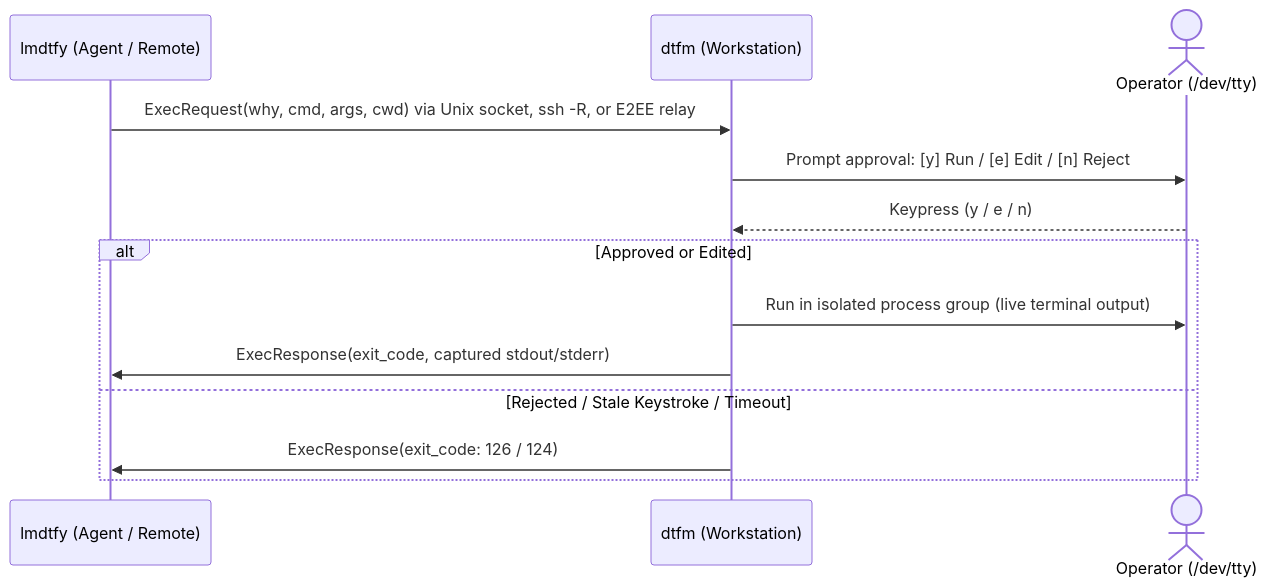
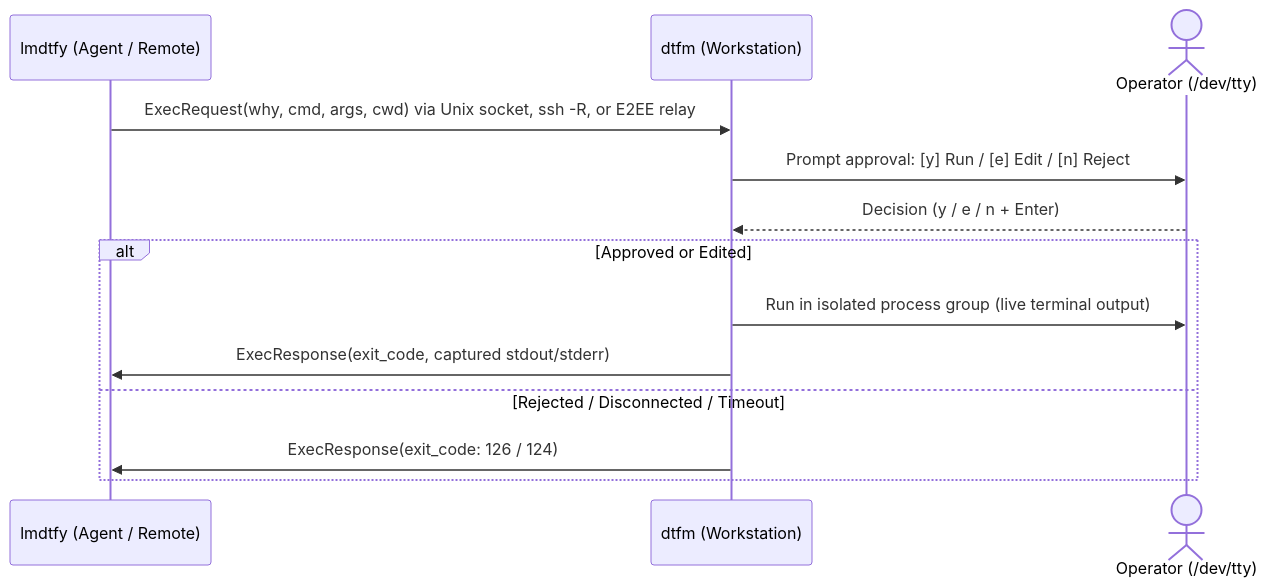
One commit to iinozemtsev-lab/dtfm changed the diagram in README.md. Above: the diagram before and after it, drawn with Mermaid. The commit also changed other lines of this file, not shown here.

````diff
--- a/README.md
+++ b/README.md
@@ -131,16 +131,16 @@
 ```mermaid
 sequenceDiagram
     participant LMDTFY as lmdtfy (Agent / Remote)
     participant DTFM as dtfm (Workstation)
     actor Operator as Operator (/dev/tty)
 
     LMDTFY->>DTFM: ExecRequest(why, cmd, args, cwd) via Unix socket, ssh -R, or E2EE relay
     DTFM->>Operator: Prompt approval: [y] Run / [e] Edit / [n] Reject
-    Operator-->>DTFM: Keypress (y / e / n)
+    Operator-->>DTFM: Decision (y / e / n + Enter)
     alt Approved or Edited
         DTFM->>Operator: Run in isolated process group (live terminal output)
         DTFM->>LMDTFY: ExecResponse(exit_code, captured stdout/stderr)
-    else Rejected / Stale Keystroke / Timeout
+    else Rejected / Disconnected / Timeout
         DTFM->>LMDTFY: ExecResponse(exit_code: 126 / 124)
     end
 ```
````
